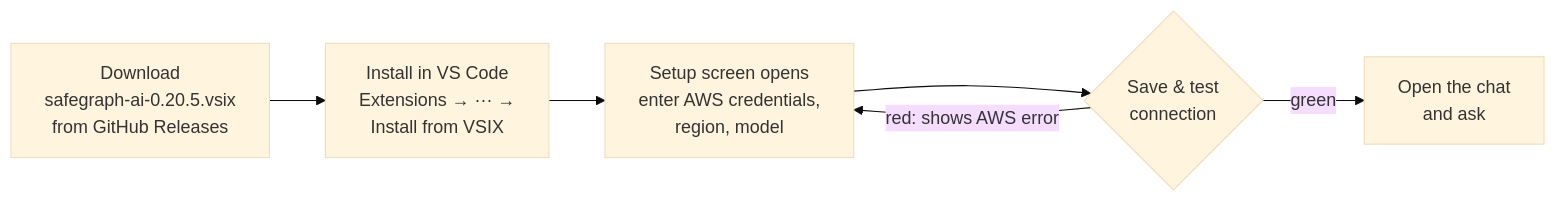
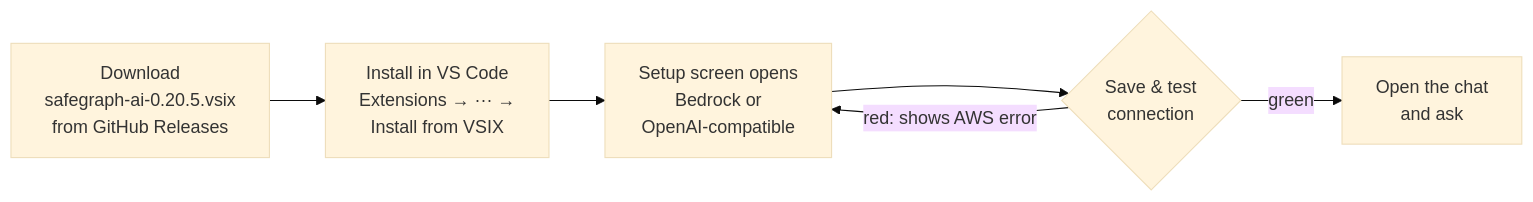
The first of 6 diagrams in README.md (HTL2910/AWS-AI-chatbot), drawn with Mermaid (base theme) before and after one commit. The commit also changed other lines of this file, not shown here.

````diff
--- a/README.md
+++ b/README.md
@@ -11,8 +11,8 @@
 ```mermaid
 flowchart LR
     A["Download<br/>safegraph-ai-0.20.5.vsix<br/>from GitHub Releases"] --> B["Install in VS Code<br/>Extensions → ··· →<br/>Install from VSIX"]
-    B --> C["Setup screen opens<br/>enter AWS credentials,<br/>region, model"]
+    B --> C["Setup screen opens<br/>Bedrock or<br/>OpenAI-compatible"]
     C --> D{"Save &amp; test<br/>connection"}
     D -- "green" --> E["Open the chat<br/>and ask"]
     D -- "red: shows AWS error" --> C
 ```
````
